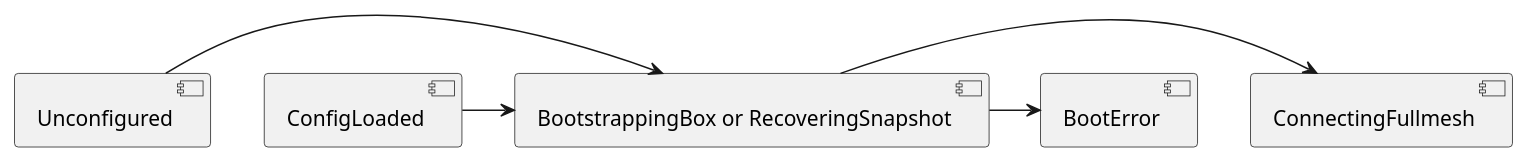
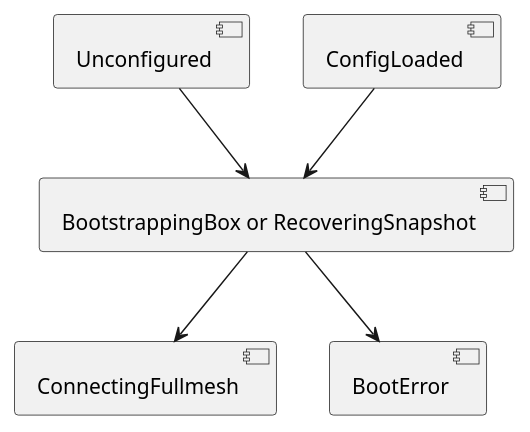
The diagram in rst/uml/Recovery.puml (tarantool/cartridge), drawn with PlantUML before and after one commit. The commit also changed 6 other files, not shown here.

```diff
--- a/rst/uml/Recovery.puml
+++ b/rst/uml/Recovery.puml
@@ -1,4 +1,8 @@
-[Unconfigured]->[BootstrappingBox or RecoveringSnapshot]
-[ConfigLoaded]->[BootstrappingBox or RecoveringSnapshot]
-[BootstrappingBox or RecoveringSnapshot]->[ConnectingFullmesh]
-[BootstrappingBox or RecoveringSnapshot]->[BootError]
+@startuml
+
+[Unconfigured] --> [BootstrappingBox or RecoveringSnapshot]
+[ConfigLoaded] --> [BootstrappingBox or RecoveringSnapshot]
+[BootstrappingBox or RecoveringSnapshot] --> [ConnectingFullmesh]
+[BootstrappingBox or RecoveringSnapshot] --> [BootError]
+
+@enduml
```
